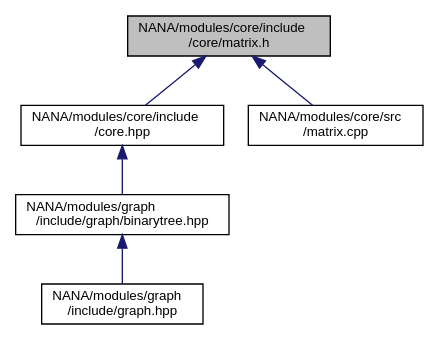
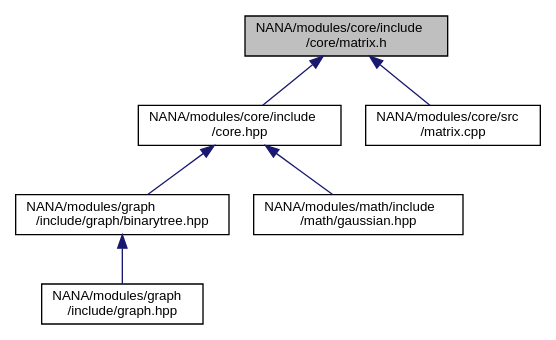
Before and after one commit to YuruTu/NANA: the diagram in docs/matrix_8h__dep__incl.dot, drawn with Graphviz. The commit also changed 149 other files, not shown here.

```diff
--- a/docs/matrix_8h__dep__incl.dot
+++ b/docs/matrix_8h__dep__incl.dot
@@ -1,15 +1,17 @@
 digraph "NANA/modules/core/include/core/matrix.h"
 {
  // LATEX_PDF_SIZE
   edge [fontname="Helvetica",fontsize="10",labelfontname="Helvetica",labelfontsize="10"];
   node [fontname="Helvetica",fontsize="10",shape=record];
   Node1 [label="NANA/modules/core/include\l/core/matrix.h",height=0.2,width=0.4,color="black", fillcolor="grey75", style="filled", fontcolor="black",tooltip="简单矩阵类(效率不高，但易于理解，很多时候会触发复制构造函数)，不同于Mat"];
   Node1 -> Node2 [dir="back",color="midnightblue",fontsize="10",style="solid",fontname="Helvetica"];
   Node2 [label="NANA/modules/core/include\l/core.hpp",height=0.2,width=0.4,color="black", fillcolor="white", style="filled",URL="$core_8hpp.html",tooltip="包含基本的数据结构等"];
   Node2 -> Node3 [dir="back",color="midnightblue",fontsize="10",style="solid",fontname="Helvetica"];
   Node3 [label="NANA/modules/graph\l/include/graph/binarytree.hpp",height=0.2,width=0.4,color="black", fillcolor="white", style="filled",URL="$binarytree_8hpp.html",tooltip="实现二叉树的模板"];
   Node3 -> Node4 [dir="back",color="midnightblue",fontsize="10",style="solid",fontname="Helvetica"];
   Node4 [label="NANA/modules/graph\l/include/graph.hpp",height=0.2,width=0.4,color="black", fillcolor="white", style="filled",URL="$graph_8hpp.html",tooltip="实现图论相关算法"];
-  Node1 -> Node5 [dir="back",color="midnightblue",fontsize="10",style="solid",fontname="Helvetica"];
-  Node5 [label="NANA/modules/core/src\l/matrix.cpp",height=0.2,width=0.4,color="black", fillcolor="white", style="filled",URL="$matrix_8cpp_source.html",tooltip=" "];
+  Node2 -> Node5 [dir="back",color="midnightblue",fontsize="10",style="solid",fontname="Helvetica"];
+  Node5 [label="NANA/modules/math/include\l/math/gaussian.hpp",height=0.2,width=0.4,color="black", fillcolor="white", style="filled",URL="$gaussian_8hpp_source.html",tooltip=" "];
+  Node1 -> Node6 [dir="back",color="midnightblue",fontsize="10",style="solid",fontname="Helvetica"];
+  Node6 [label="NANA/modules/core/src\l/matrix.cpp",height=0.2,width=0.4,color="black", fillcolor="white", style="filled",URL="$matrix_8cpp_source.html",tooltip=" "];
 }
```
